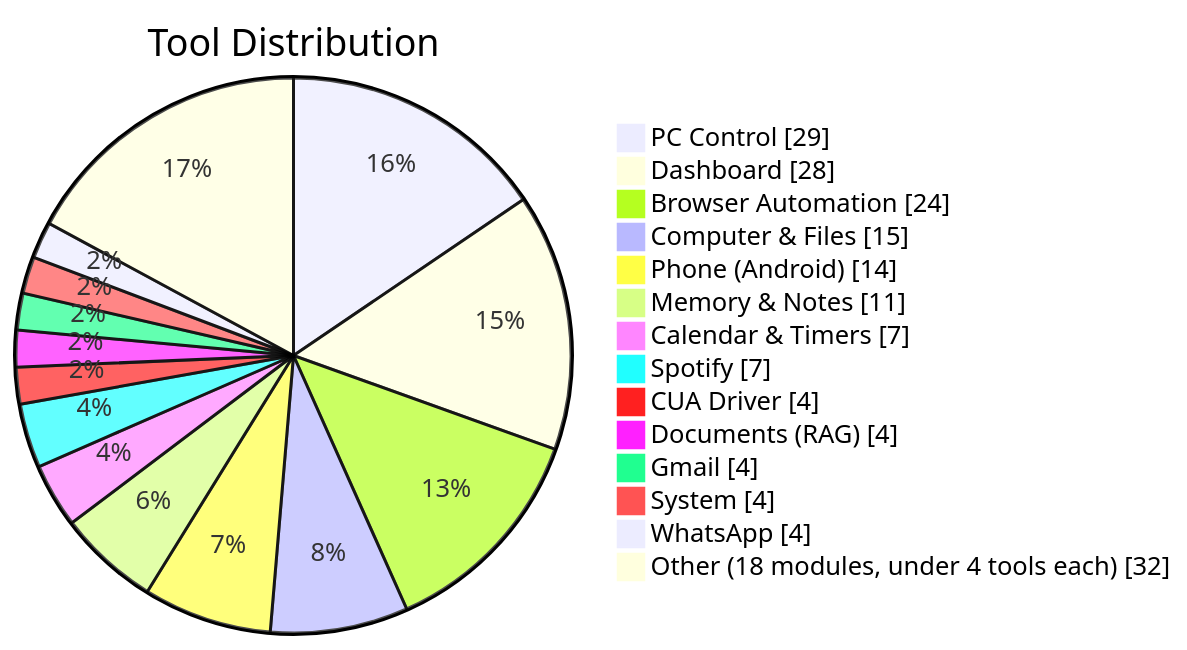
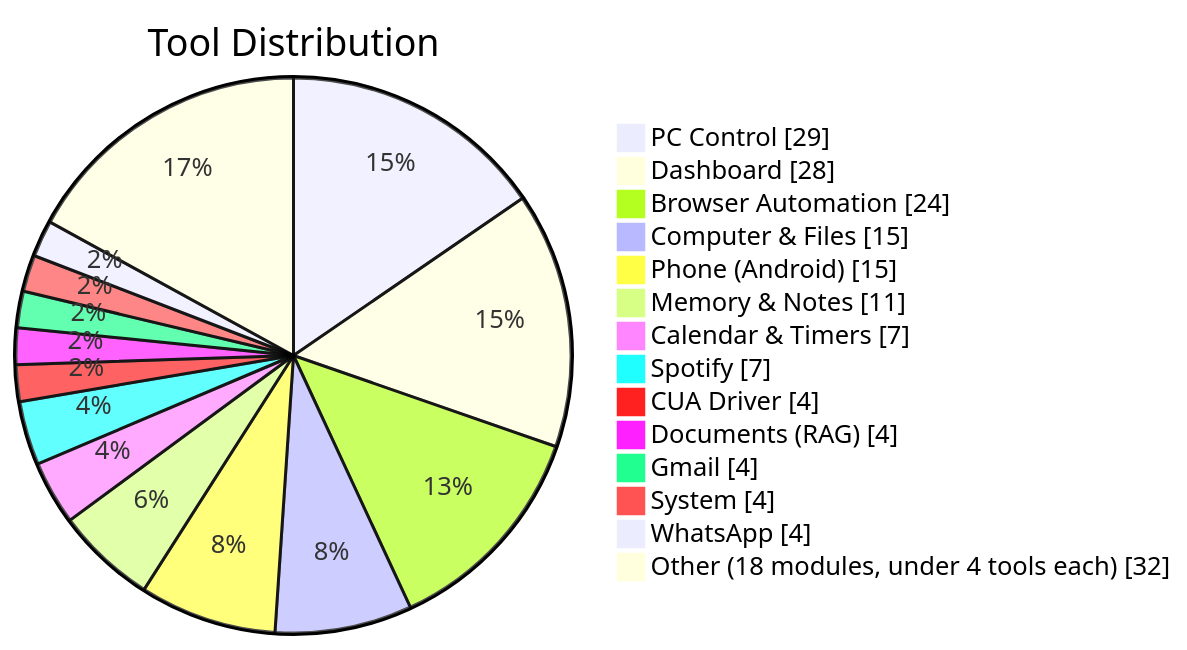
The ninth of 11 diagrams in README.md (HailLucifer666/Agent_OS), drawn with Mermaid before and after one commit. The commit also changed other lines of this file and 7 other files, not shown here.

````diff
--- a/README.md
+++ b/README.md
@@ -423,17 +423,17 @@
 ```mermaid
 pie showData title Tool Distribution
     "PC Control" : 29
     "Dashboard" : 28
     "Browser Automation" : 24
     "Computer & Files" : 15
-    "Phone (Android)" : 14
+    "Phone (Android)" : 15
     "Memory & Notes" : 11
     "Calendar & Timers" : 7
     "Spotify" : 7
     "CUA Driver" : 4
     "Documents (RAG)" : 4
     "Gmail" : 4
     "System" : 4
     "WhatsApp" : 4
     "Other (18 modules, under 4 tools each)" : 32
 ```
````
